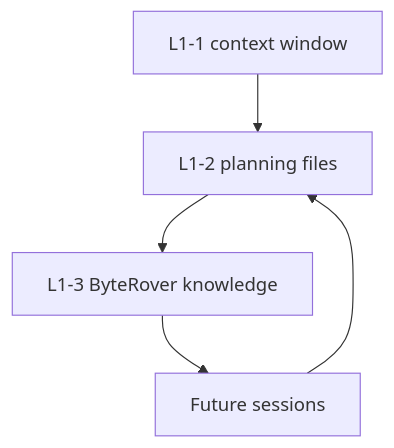
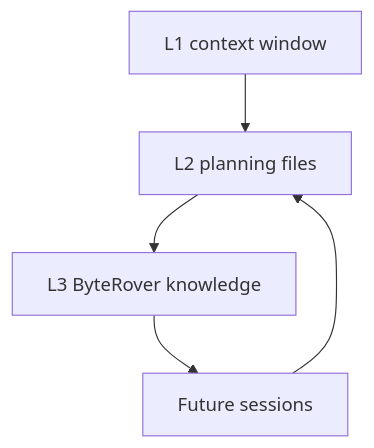
The diagram in projects/agent-memory-stack/README.md (kevinlasnh/sharing-studio), drawn with Mermaid before and after one commit. The commit also changed other lines of this file and 7 other files, not shown here.

````diff
--- a/projects/agent-memory-stack/README.md
+++ b/projects/agent-memory-stack/README.md
@@ -45,7 +44,7 @@
 ```mermaid
 flowchart TD
-  A[L1-1 context window] --> B[L1-2 planning files]
-  B --> C[L1-3 ByteRover knowledge]
+  A[L1 context window] --> B[L2 planning files]
+  B --> C[L3 ByteRover knowledge]
   C --> D[Future sessions]
   D --> B
 ```
````
